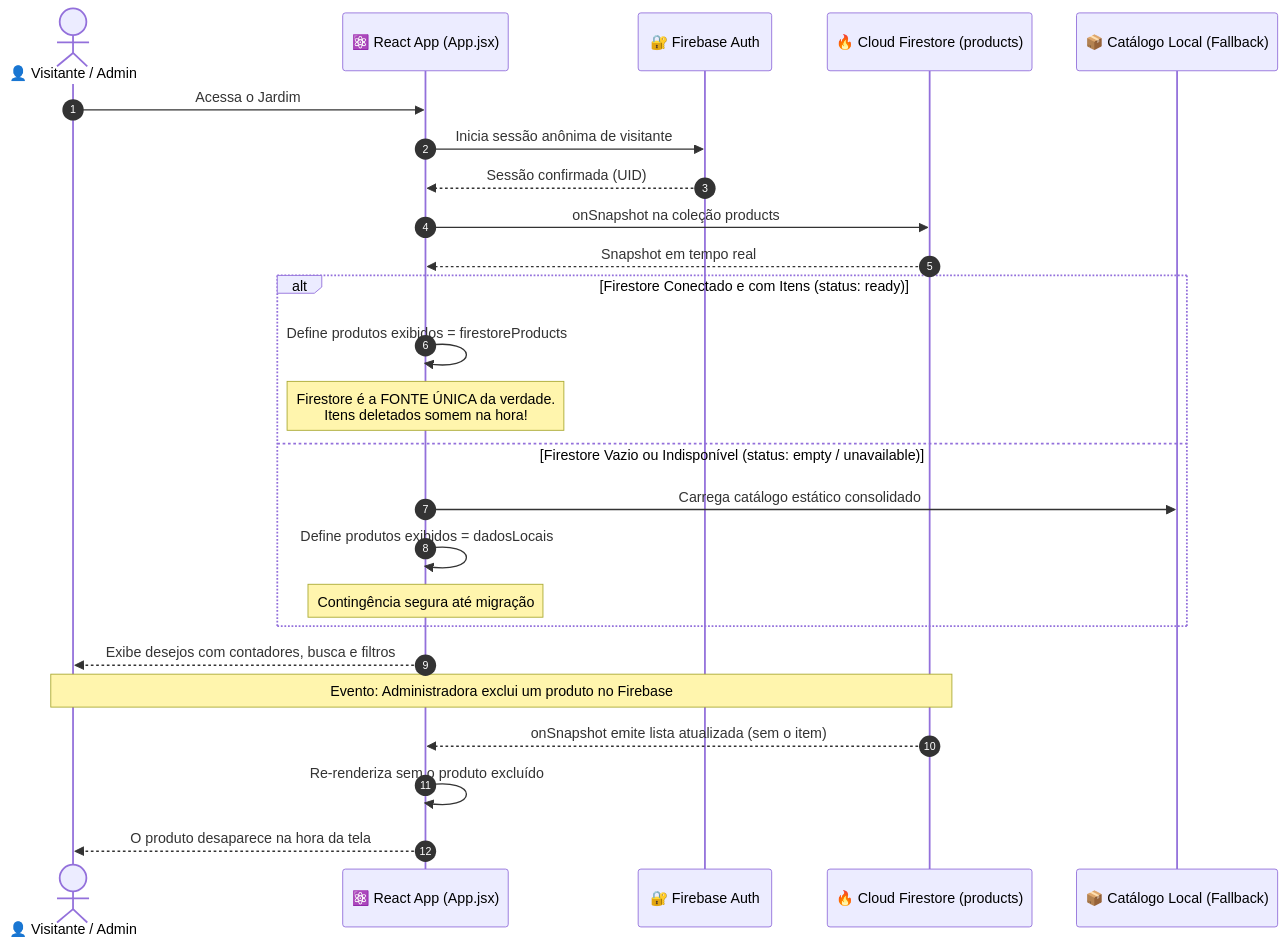
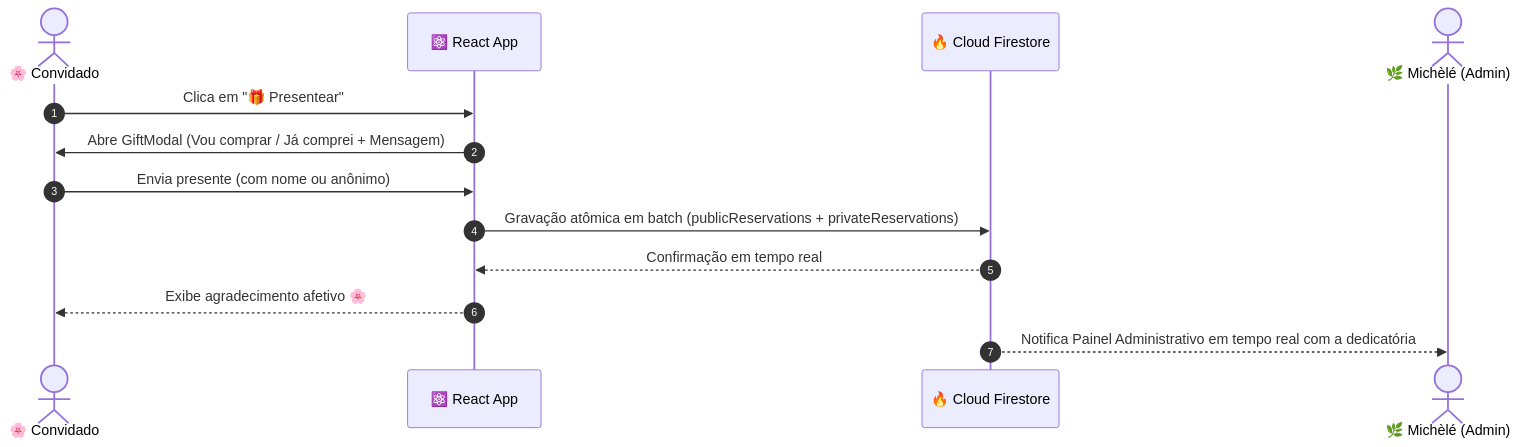
The second of 2 diagrams in README.md (michelejoohann/jardim-dos-presentes), drawn with Mermaid before and after one commit. The commit also changed other lines of this file and 11 other files, not shown here.

````diff
--- a/README.md
+++ b/README.md
@@ -66,32 +109,16 @@
 ```mermaid
 sequenceDiagram
     autonumber
-    actor Visitante as 👤 Visitante / Admin
-    participant App as ⚛️ React App (App.jsx)
-    participant Auth as 🔐 Firebase Auth
-    participant Firestore as 🔥 Cloud Firestore (products)
-    participant Fallback as 📦 Catálogo Local (Fallback)
+    actor Convidado as 🌸 Convidado
+    participant App as ⚛️ React App
+    participant Firestore as 🔥 Cloud Firestore
+    actor Michele as 🌿 Michèlé (Admin)
 
-    Visitante->>App: Acessa o Jardim
-    App->>Auth: Inicia sessão anônima de visitante
-    Auth-->>App: Sessão confirmada (UID)
-
-    App->>Firestore: onSnapshot na coleção products
-    Firestore-->>App: Snapshot em tempo real
-
-    alt Firestore Conectado e com Itens (status: ready)
-        App->>App: Define produtos exibidos = firestoreProducts
-        Note over App: Firestore é a FONTE ÚNICA da verdade.<br/>Itens deletados somem na hora!
-    else Firestore Vazio ou Indisponível (status: empty / unavailable)
-        App->>Fallback: Carrega catálogo estático consolidado
-        App->>App: Define produtos exibidos = dadosLocais
-        Note over App: Contingência segura até migração
-    end
-
-    App-->>Visitante: Exibe desejos com contadores, busca e filtros
-
-    Note over Visitante,Firestore: Evento: Administradora exclui um produto no Firebase
-    Firestore-->>App: onSnapshot emite lista atualizada (sem o item)
-    App->>App: Re-renderiza sem o produto excluído
-    App-->>Visitante: O produto desaparece na hora da tela
+    Convidado->>App: Clica em "🎁 Presentear"
+    App->>Convidado: Abre GiftModal (Vou comprar / Já comprei + Mensagem)
+    Convidado->>App: Envia presente (com nome ou anônimo)
+    App->>Firestore: Gravação atômica em batch (publicReservations + privateReservations)
+    Firestore-->>App: Confirmação em tempo real
+    App-->>Convidado: Exibe agradecimento afetivo 🌸
+    Firestore-->>Michele: Notifica Painel Administrativo em tempo real com a dedicatória
 ```
````
